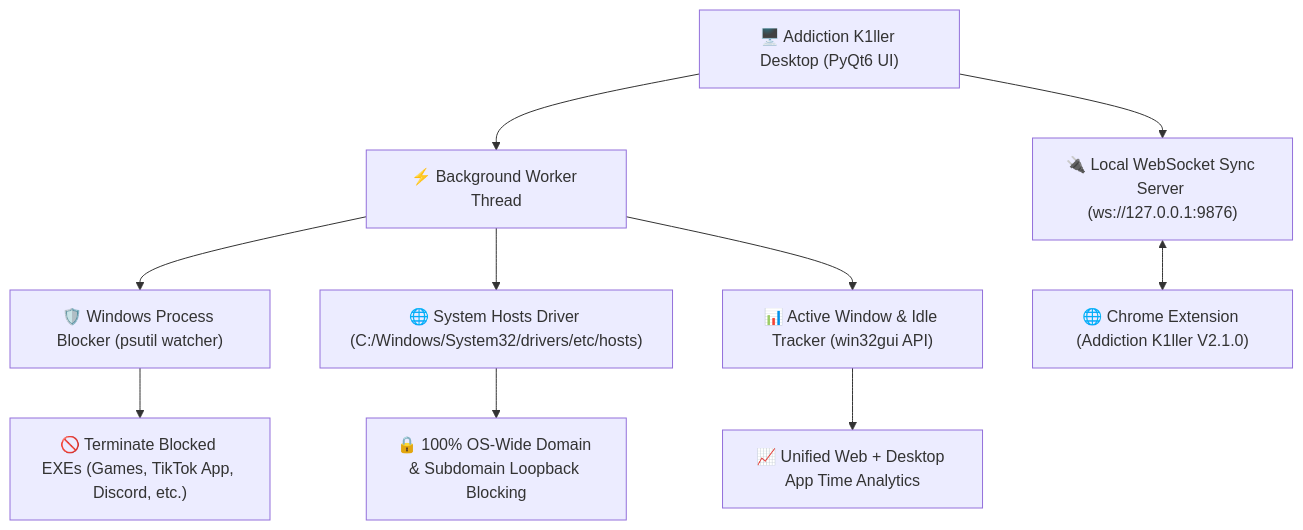
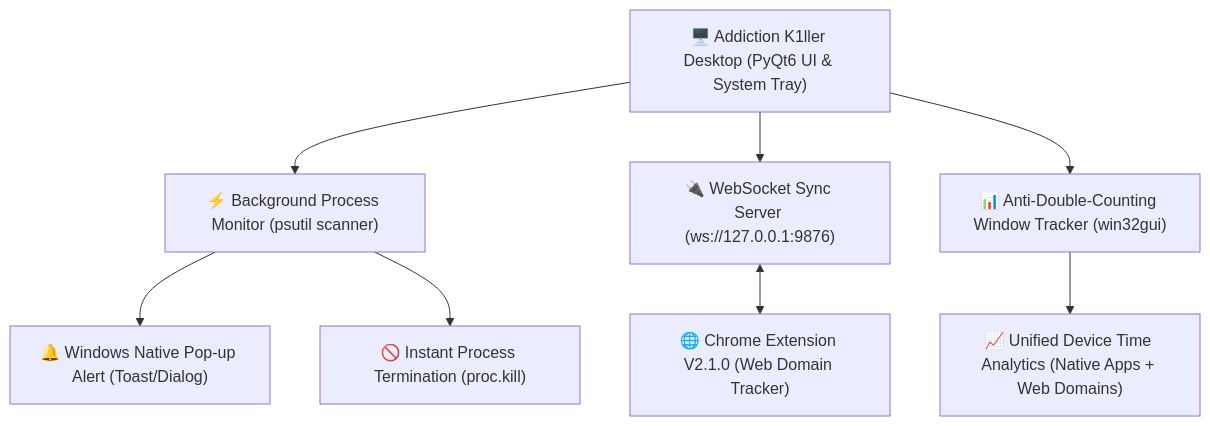
Before and after one commit to thinh1234-cyber/Addiction-K1ller: the diagram in docs/plans/2026-08-22-addiction-k1ller-desktop-plan.md, drawn with Mermaid. The commit also changed other lines of this file, not shown here.

Commit message:
docs: update Addiction K1ller Desktop plan with user app lists, native popups, anti-double-counting logic

````diff
--- a/docs/plans/2026-08-22-addiction-k1ller-desktop-plan.md
+++ b/docs/plans/2026-08-22-addiction-k1ller-desktop-plan.md
@@ -15,15 +35,13 @@
 ```mermaid
 graph TD
-    A["🖥️ Addiction K1ller Desktop (PyQt6 UI)"] --> B["⚡ Background Worker Thread"]
-    A --> C["🔌 Local WebSocket Sync Server (ws://127.0.0.1:9876)"]
+    A["🖥️ Addiction K1ller Desktop (PyQt6 UI & System Tray)"] --> B["⚡ Background Process Monitor (psutil scanner)"]
+    A --> C["🔌 WebSocket Sync Server (ws://127.0.0.1:9876)"]
+    A --> D["📊 Anti-Double-Counting Window Tracker (win32gui)"]
     
-    B --> D["🛡️ Windows Process Blocker (psutil watcher)"]
-    B --> E["🌐 System Hosts Driver (C:/Windows/System32/drivers/etc/hosts)"]
-    B --> F["📊 Active Window & Idle Tracker (win32gui API)"]
+    B --> E["🔔 Windows Native Pop-up Alert (Toast/Dialog)"]
+    B --> F["🚫 Instant Process Termination (proc.kill)"]
     
-    C <--> G["🌐 Chrome Extension (Addiction K1ller V2.1.0)"]
+    C <--> G["🌐 Chrome Extension V2.1.0 (Web Domain Tracker)"]
     
-    D --> H["🚫 Terminate Blocked EXEs (Games, TikTok App, Discord, etc.)"]
-    E --> I["🔒 100% OS-Wide Domain & Subdomain Loopback Blocking"]
-    F --> J["📈 Unified Web + Desktop App Time Analytics"]
+    D --> H["📈 Unified Device Time Analytics (Native Apps + Web Domains)"]
 ```
````
